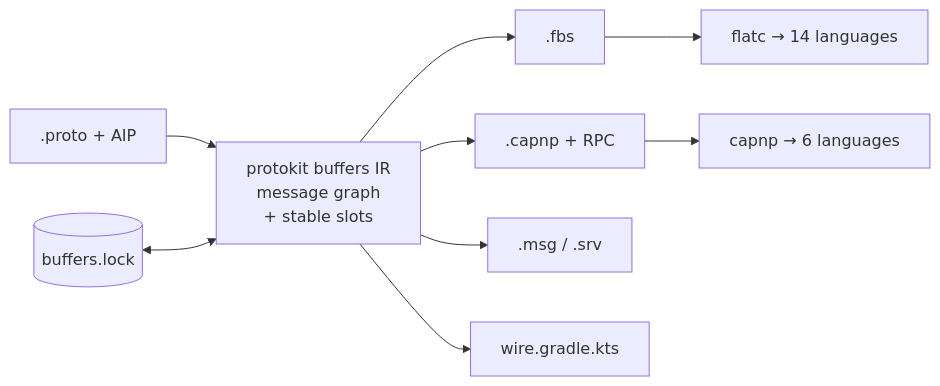
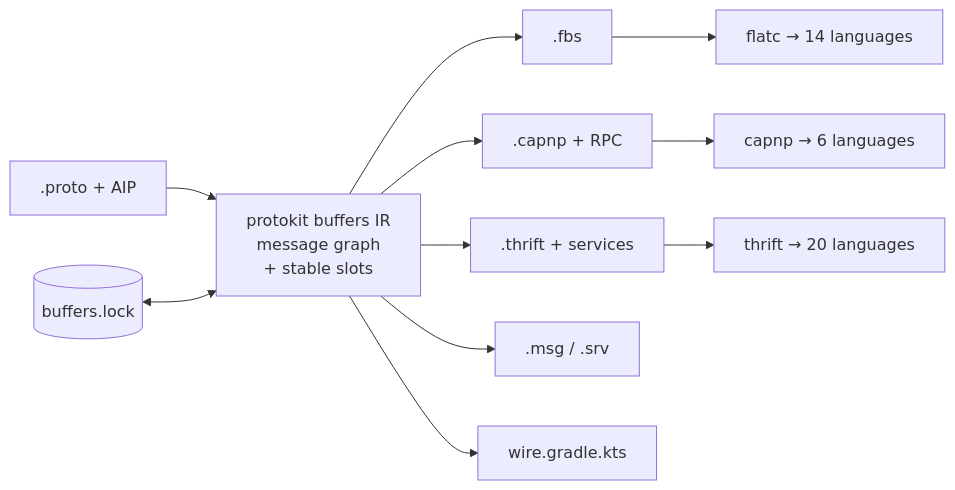
The diagram in README.md (the-protobuf-project/buffers), drawn with Mermaid before and after one commit. The commit also changed other lines of this file and 51 other files, not shown here.

````diff
--- a/README.md
+++ b/README.md
@@ -49,11 +50,13 @@
 ```mermaid
 flowchart LR
     P[".proto + AIP"] --> IR["protokit buffers IR<br/>message graph<br/>+ stable slots"]
     L[("buffers.lock")] <--> IR
     IR --> FB[".fbs"]
     IR --> CP[".capnp + RPC"]
+    IR --> TH[".thrift + services"]
     IR --> RS[".msg / .srv"]
     IR --> WR["wire.gradle.kts"]
     FB --> FC["flatc → 14 languages"]
     CP --> CC["capnp → 6 languages"]
+    TH --> TC["thrift → 20 languages"]
 ```
````
